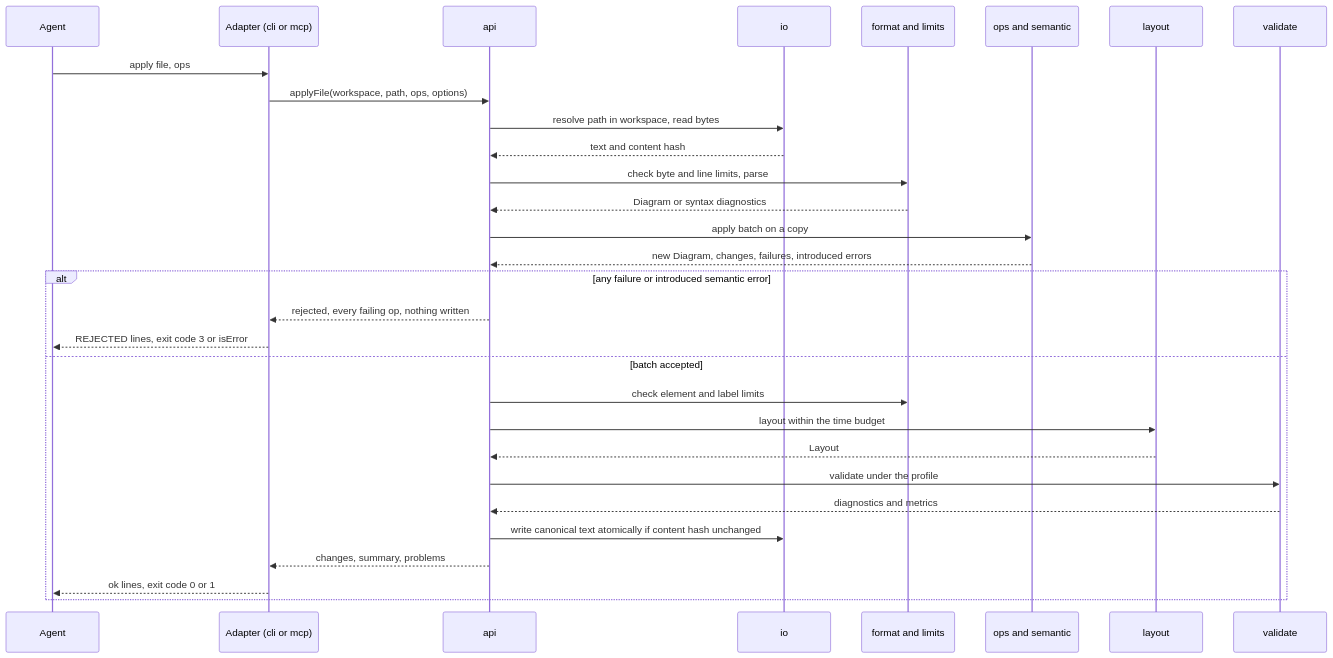
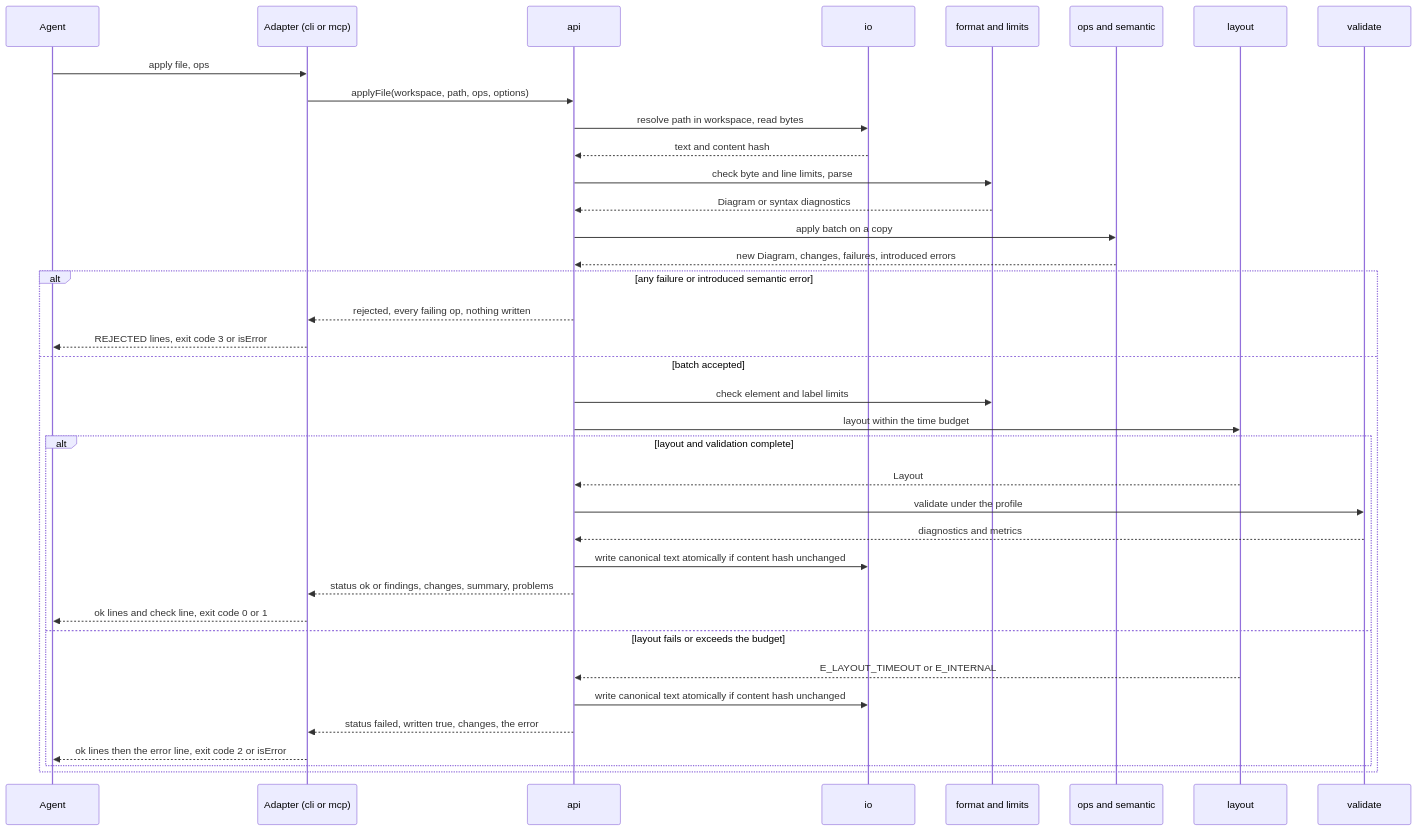
The third of 3 diagrams in docs/architecture/3-mvp-architecture.md (eliangilsierra/blueprint-drafter), drawn with Mermaid before and after one commit. The commit also changed other lines of this file, not shown here.

First line of the commit message:
docs(architecture): resolve the open questions and LOW findings of #56

````diff
--- a/docs/architecture/3-mvp-architecture.md
+++ b/docs/architecture/3-mvp-architecture.md
@@ -300,32 +310,39 @@
 ```mermaid
 sequenceDiagram
     participant A as Agent
     participant AD as Adapter (cli or mcp)
     participant API as api
     participant IO as io
     participant F as format and limits
     participant O as ops and semantic
     participant L as layout
     participant V as validate
     A->>AD: apply file, ops
     AD->>API: applyFile(workspace, path, ops, options)
     API->>IO: resolve path in workspace, read bytes
     IO-->>API: text and content hash
     API->>F: check byte and line limits, parse
     F-->>API: Diagram or syntax diagnostics
     API->>O: apply batch on a copy
     O-->>API: new Diagram, changes, failures, introduced errors
     alt any failure or introduced semantic error
         API-->>AD: rejected, every failing op, nothing written
         AD-->>A: REJECTED lines, exit code 3 or isError
     else batch accepted
         API->>F: check element and label limits
         API->>L: layout within the time budget
-        L-->>API: Layout
-        API->>V: validate under the profile
-        V-->>API: diagnostics and metrics
-        API->>IO: write canonical text atomically if content hash unchanged
-        API-->>AD: changes, summary, problems
-        AD-->>A: ok lines, exit code 0 or 1
+        alt layout and validation complete
+            L-->>API: Layout
+            API->>V: validate under the profile
+            V-->>API: diagnostics and metrics
+            API->>IO: write canonical text atomically if content hash unchanged
+            API-->>AD: status ok or findings, changes, summary, problems
+            AD-->>A: ok lines and check line, exit code 0 or 1
+        else layout fails or exceeds the budget
+            L-->>API: E_LAYOUT_TIMEOUT or E_INTERNAL
+            API->>IO: write canonical text atomically if content hash unchanged
+            API-->>AD: status failed, written true, changes, the error
+            AD-->>A: ok lines then the error line, exit code 2 or isError
+        end
     end
 ```
````
